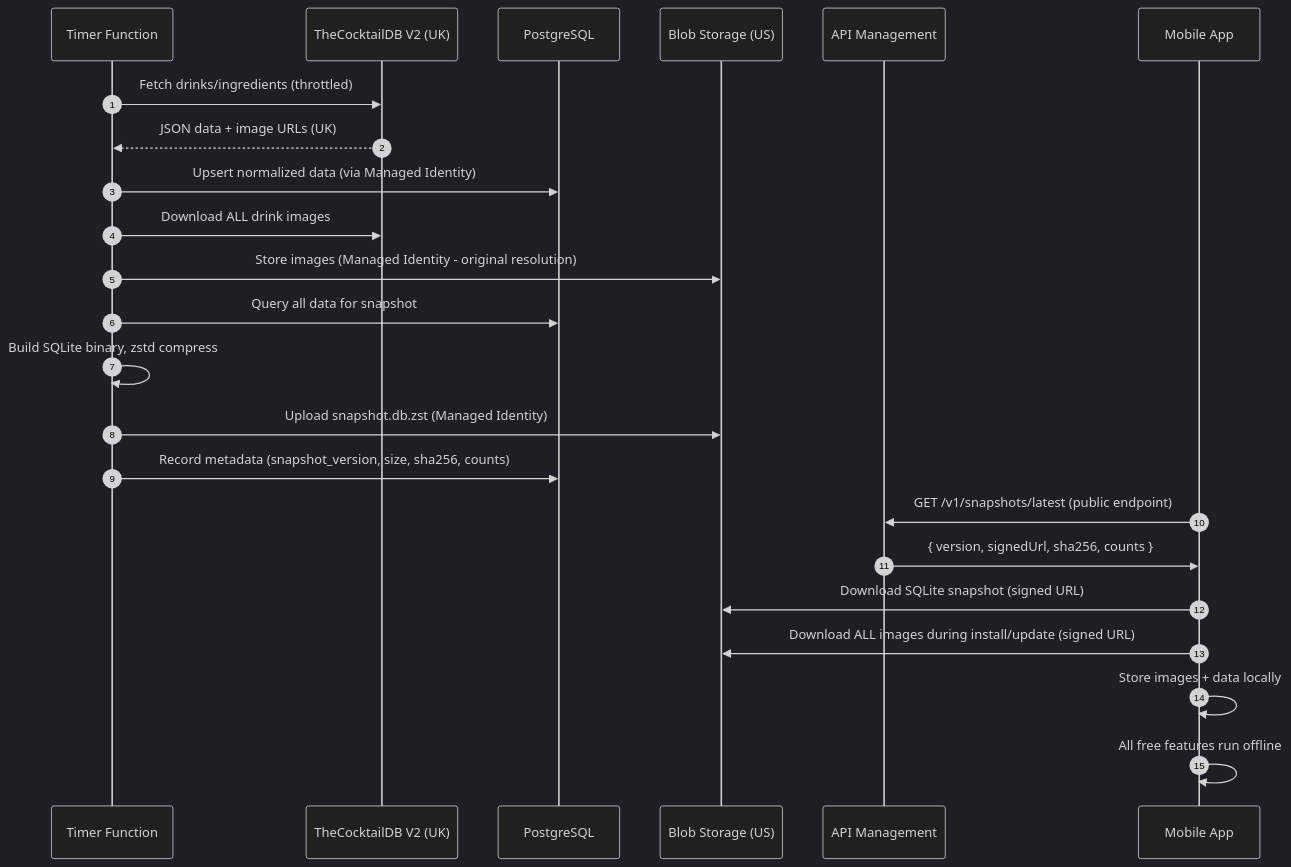
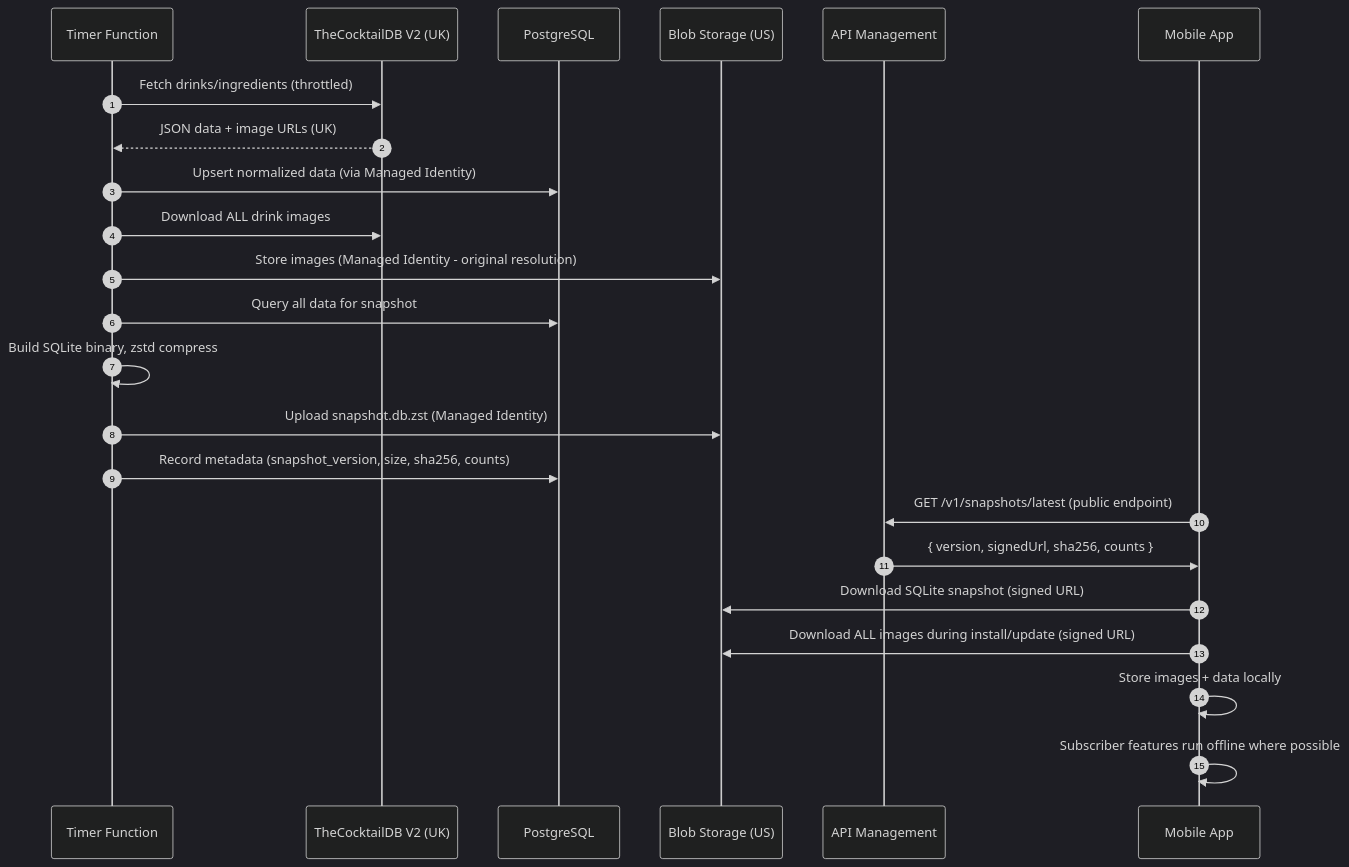
One commit to gwhitley1969/mybartenderAI-MVP changed the second of 3 diagrams in docs/ARCHITECTURE.md. Above: the diagram before and after it, drawn with Mermaid (dark theme). The commit also changed other lines of this file and 19 other files, not shown here.

````diff
--- a/docs/ARCHITECTURE.md
+++ b/docs/ARCHITECTURE.md
@@ -421,26 +421,26 @@
 ```mermaid
 sequenceDiagram
   autonumber
   participant T as Timer Function
   participant CDB as TheCocktailDB V2 (UK)
   participant PG as PostgreSQL
   participant BL as Blob Storage (US)
   participant APIM as API Management
   participant M as Mobile App
 
   T->>CDB: Fetch drinks/ingredients (throttled)
   CDB-->>T: JSON data + image URLs (UK)
   T->>PG: Upsert normalized data (via Managed Identity)
   T->>CDB: Download ALL drink images
   T->>BL: Store images (Managed Identity - original resolution)
   T->>PG: Query all data for snapshot
   T->>T: Build SQLite binary, zstd compress
   T->>BL: Upload snapshot.db.zst (Managed Identity)
   T->>PG: Record metadata (snapshot_version, size, sha256, counts)
   M->>APIM: GET /v1/snapshots/latest (public endpoint)
   APIM->>M: { version, signedUrl, sha256, counts }
   M->>BL: Download SQLite snapshot (signed URL)
   M->>BL: Download ALL images during install/update (signed URL)
   M->>M: Store images + data locally
-  M->>M: All free features run offline
+  M->>M: Subscriber features run offline where possible
 ```
````
